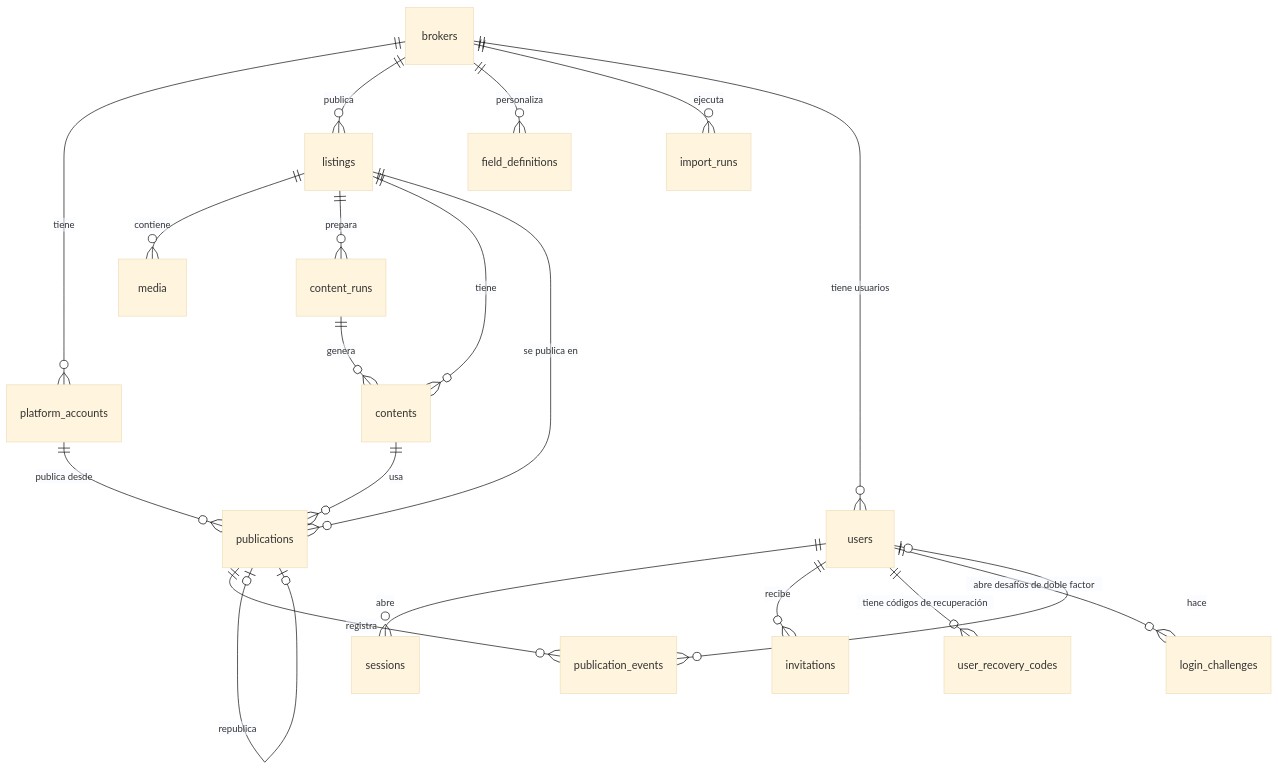
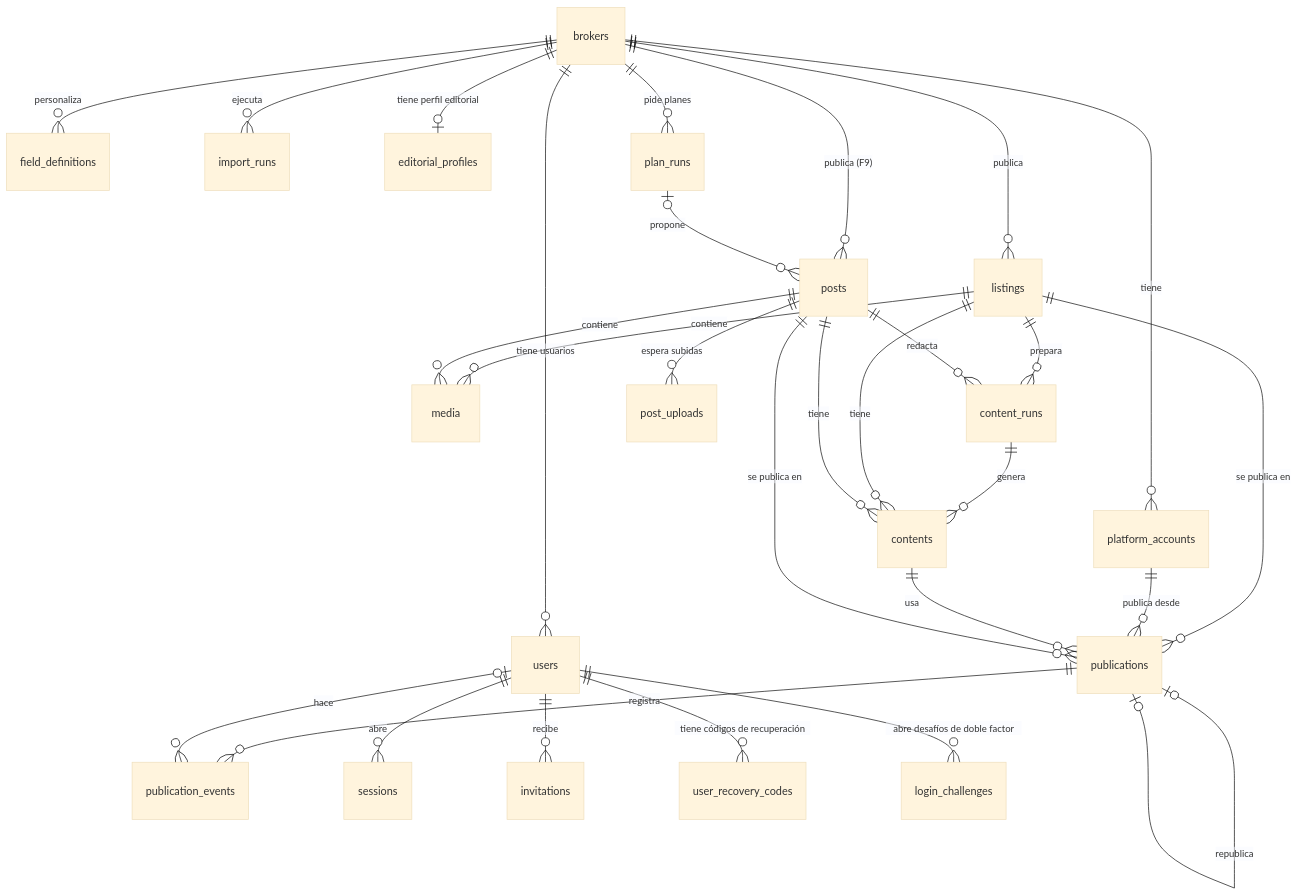
Before and after one commit to vicentewolde/AgentSales: the diagram in docs/02-modelo-datos.md, drawn with Mermaid (base theme). The commit also changed other lines of this file and 16 other files, not shown here.

First line of the commit message:
feat(db): esquema de posts, planes, subidas y perfil editorial; migración 0015 (F9-T03)

````diff
--- a/docs/02-modelo-datos.md
+++ b/docs/02-modelo-datos.md
@@ -9,22 +9,31 @@
 ```mermaid
 erDiagram
   brokers ||--o{ platform_accounts : tiene
   brokers ||--o{ listings : publica
   brokers ||--o{ field_definitions : personaliza
   brokers ||--o{ import_runs : ejecuta
   listings ||--o{ media : contiene
   listings ||--o{ content_runs : prepara
   content_runs ||--o{ contents : genera
   listings ||--o{ contents : tiene
   listings ||--o{ publications : "se publica en"
   platform_accounts ||--o{ publications : "publica desde"
   contents ||--o{ publications : usa
   publications ||--o{ publication_events : registra
   publications |o--o| publications : republica
   brokers ||--o{ users : "tiene usuarios"
   users ||--o{ sessions : abre
   users ||--o{ invitations : recibe
   users ||--o{ user_recovery_codes : "tiene códigos de recuperación"
   users ||--o{ login_challenges : "abre desafíos de doble factor"
   users |o--o{ publication_events : hace
+  brokers ||--o{ posts : "publica (F9)"
+  brokers ||--o| editorial_profiles : "tiene perfil editorial"
+  brokers ||--o{ plan_runs : "pide planes"
+  plan_runs |o--o{ posts : propone
+  posts ||--o{ media : contiene
+  posts ||--o{ content_runs : redacta
+  posts ||--o{ contents : tiene
+  posts ||--o{ publications : "se publica en"
+  posts ||--o{ post_uploads : "espera subidas"
 ```
````
